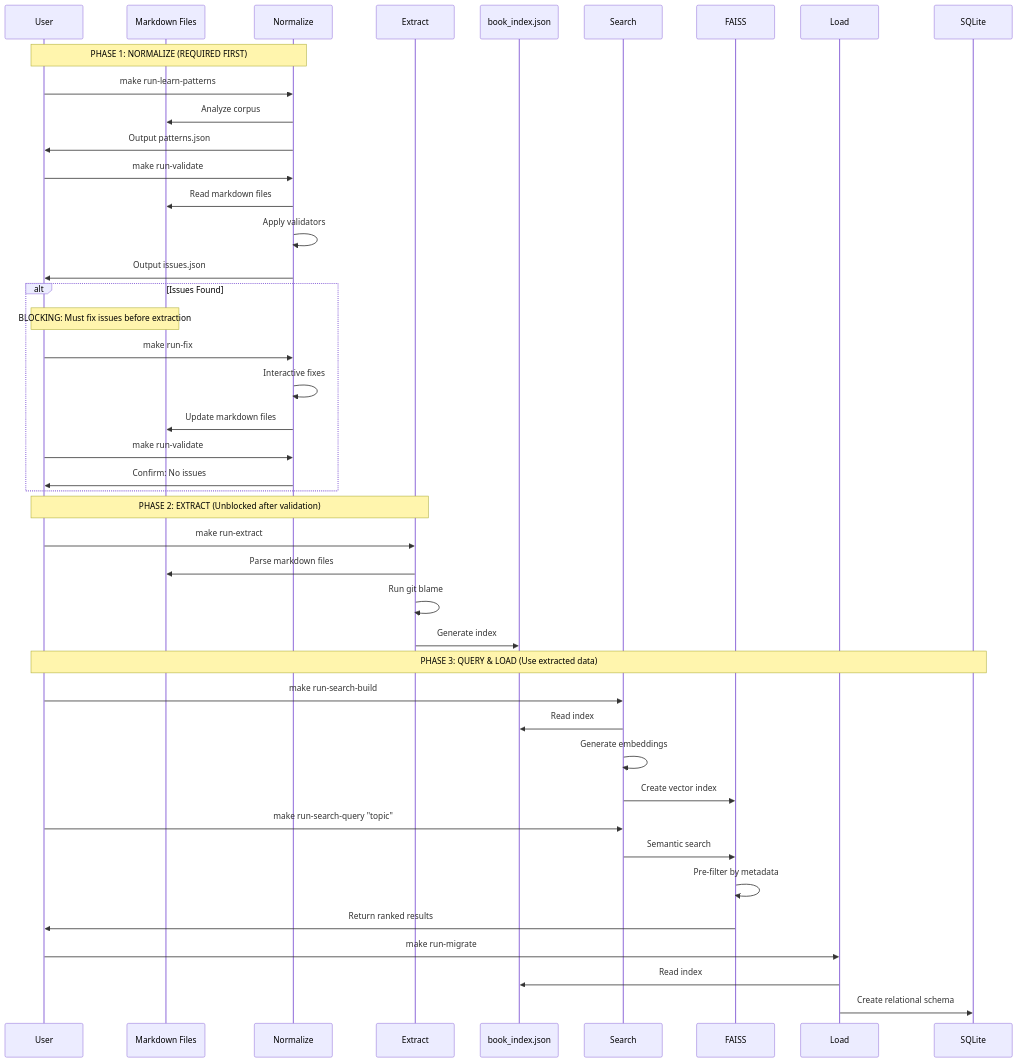
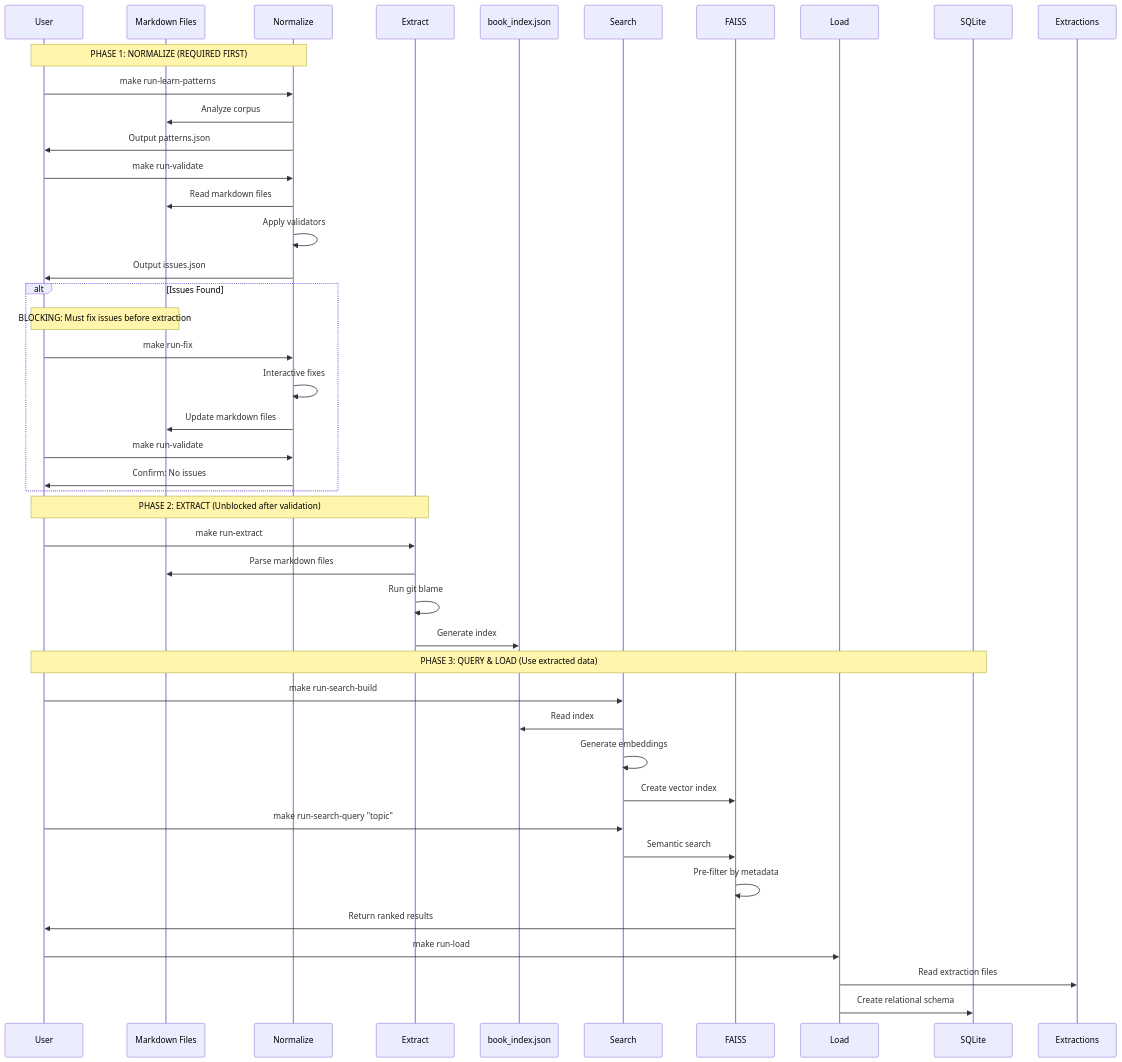
Before and after one commit to trvslhlt/git-reading: the second of 5 diagrams in docs/ARCHITECTURE.md, drawn with Mermaid. The commit also changed other lines of this file and 10 other files, not shown here.

Commit message:
change 'migrate' to 'load' (#18)

````diff
--- a/docs/ARCHITECTURE.md
+++ b/docs/ARCHITECTURE.md
@@ -93,55 +93,55 @@
 ```mermaid
 sequenceDiagram
     participant User
     participant MD as Markdown Files
     participant Normalize
     participant Extract
     participant JSON as book_index.json
     participant Search
     participant FAISS
     participant Load
     participant SQLite
 
     Note over User,Normalize: PHASE 1: NORMALIZE (REQUIRED FIRST)
 
     User->>Normalize: make run-learn-patterns
     Normalize->>MD: Analyze corpus
     Normalize->>User: Output patterns.json
 
     User->>Normalize: make run-validate
     Normalize->>MD: Read markdown files
     Normalize->>Normalize: Apply validators
     Normalize->>User: Output issues.json
 
     alt Issues Found
         Note over User,MD: BLOCKING: Must fix issues before extraction
         User->>Normalize: make run-fix
         Normalize->>Normalize: Interactive fixes
         Normalize->>MD: Update markdown files
         User->>Normalize: make run-validate
         Normalize->>User: Confirm: No issues
     end
 
     Note over User,Extract: PHASE 2: EXTRACT (Unblocked after validation)
 
     User->>Extract: make run-extract
     Extract->>MD: Parse markdown files
     Extract->>Extract: Run git blame
     Extract->>JSON: Generate index
 
     Note over User,SQLite: PHASE 3: QUERY & LOAD (Use extracted data)
 
     User->>Search: make run-search-build
     Search->>JSON: Read index
     Search->>Search: Generate embeddings
     Search->>FAISS: Create vector index
 
     User->>Search: make run-search-query "topic"
     Search->>FAISS: Semantic search
     FAISS->>FAISS: Pre-filter by metadata
     FAISS->>User: Return ranked results
 
-    User->>Load: make run-migrate
-    Load->>JSON: Read index
+    User->>Load: make run-load
+    Load->>Extractions: Read extraction files
     Load->>SQLite: Create relational schema
 ```
````
